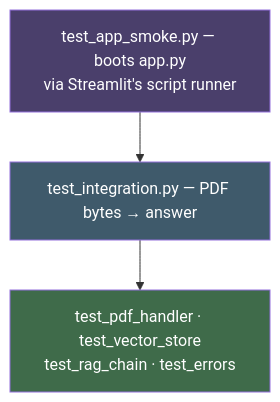
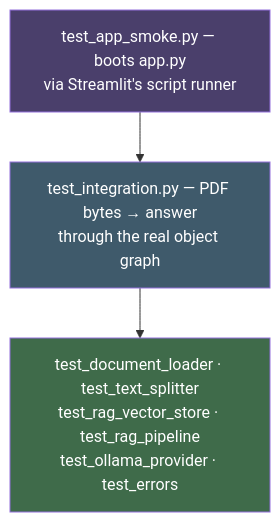
One commit to fdavchev/DocuMind-AI changed the fourth of 5 diagrams in docs/architecture.md. Above: the diagram before and after it, drawn with Mermaid. The commit also changed other lines of this file and 20 other files, not shown here.

Commit message:
Strip app.py to UI only, deleting pdf_handler.py, vector_store.py and rag_chain.py

````diff
--- a/docs/architecture.md
+++ b/docs/architecture.md
@@ -203,10 +217,10 @@
 ```mermaid
 graph TD
     A["test_app_smoke.py — boots app.py<br/>via Streamlit's script runner"] --> B
-    B["test_integration.py — PDF bytes → answer"] --> C
-    C["test_pdf_handler · test_vector_store<br/>test_rag_chain · test_errors"]
+    B["test_integration.py — PDF bytes → answer<br/>through the real object graph"] --> C
+    C["test_document_loader · test_text_splitter<br/>test_rag_vector_store · test_rag_pipeline<br/>test_ollama_provider · test_errors"]
 
     style A fill:#4a3f6b,color:#fff
     style B fill:#3f5a6b,color:#fff
     style C fill:#3f6b4a,color:#fff
 ```
````
